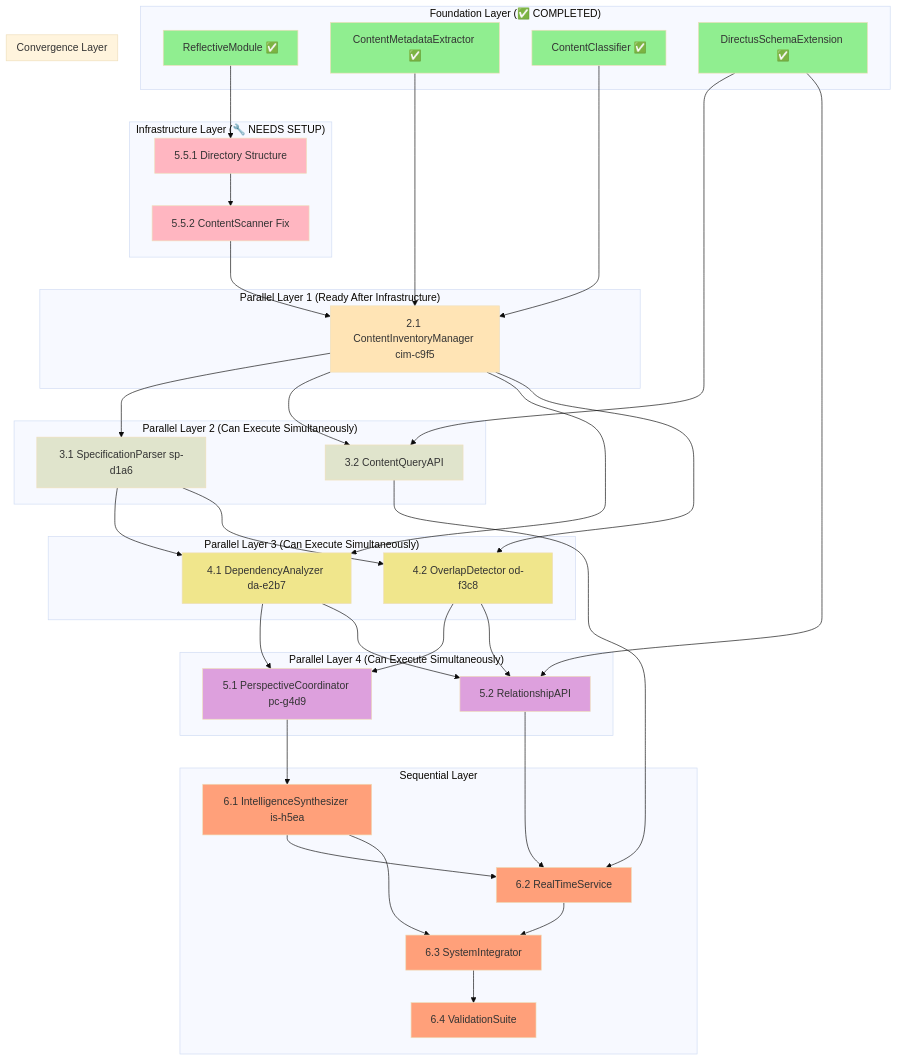
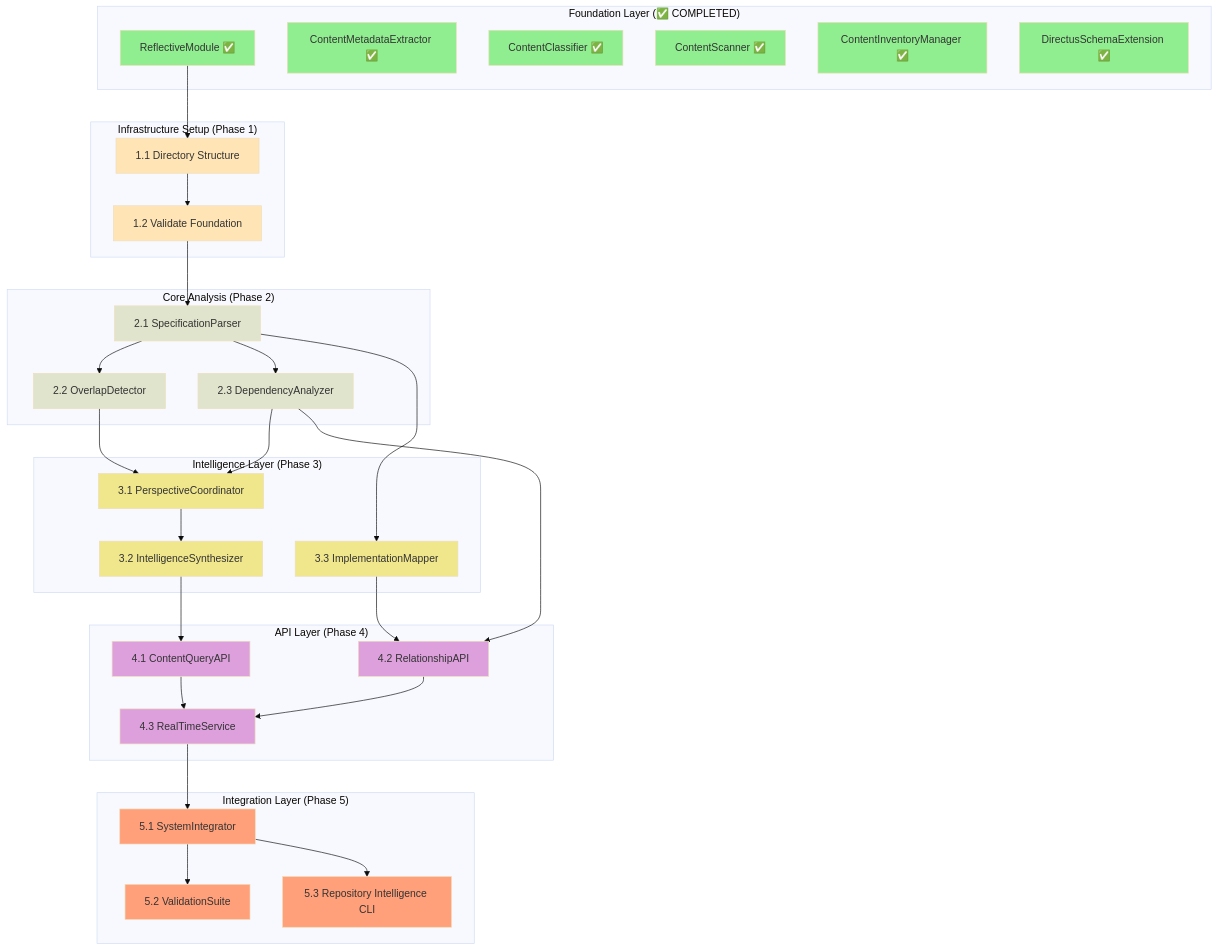
The diagram in .kiro/specs/repository-content-discovery-indexing/tasks.md (nkllon/kiro-ai-development-hackathon), drawn with Mermaid (base theme) before and after one commit. The commit also changed other lines of this file and 9 other files, not shown here.

First line of the commit message:
feat: Repository Content Discovery and Indexing - Launch Ready

````diff
--- a/.kiro/specs/repository-content-discovery-indexing/tasks.md
+++ b/.kiro/specs/repository-content-discovery-indexing/tasks.md
@@ -219,95 +259,70 @@
         RM[ReflectiveModule ✅]
         CME[ContentMetadataExtractor ✅]
         CC[ContentClassifier ✅]
+        CS[ContentScanner ✅]
+        CIM[ContentInventoryManager ✅]
         DSE[DirectusSchemaExtension ✅]
     end
     
-    subgraph "Infrastructure Layer (🔧 NEEDS SETUP)"
-        DIR[5.5.1 Directory Structure]
-        CS[5.5.2 ContentScanner Fix]
+    subgraph "Infrastructure Setup (Phase 1)"
+        DIR[1.1 Directory Structure]
+        VAL[1.2 Validate Foundation]
     end
     
-    subgraph "Parallel Layer 1 (Ready After Infrastructure)"
-        CIM[2.1 ContentInventoryManager cim-c9f5]
+    subgraph "Core Analysis (Phase 2)"
+        SP[2.1 SpecificationParser]
+        OD[2.2 OverlapDetector]
+        DA[2.3 DependencyAnalyzer]
     end
     
-    subgraph "Convergence Layer"
-        CIM[2.1 ContentInventoryManager cim-c9f5]
+    subgraph "Intelligence Layer (Phase 3)"
+        PC[3.1 PerspectiveCoordinator]
+        IS[3.2 IntelligenceSynthesizer]
+        IM[3.3 ImplementationMapper]
     end
     
-    subgraph "Parallel Layer 2 (Can Execute Simultaneously)"
-        SP[3.1 SpecificationParser sp-d1a6]
-        CQA[3.2 ContentQueryAPI]
+    subgraph "API Layer (Phase 4)"
+        CQA[4.1 ContentQueryAPI]
+        RA[4.2 RelationshipAPI]
+        RTS[4.3 RealTimeService]
     end
     
-    subgraph "Parallel Layer 3 (Can Execute Simultaneously)"
-        DA[4.1 DependencyAnalyzer da-e2b7]
-        OD[4.2 OverlapDetector od-f3c8]
+    subgraph "Integration Layer (Phase 5)"
+        SI[5.1 SystemIntegrator]
+        VS[5.2 ValidationSuite]
+        CLI[5.3 Repository Intelligence CLI]
     end
     
-    subgraph "Parallel Layer 4 (Can Execute Simultaneously)"
-        PC[5.1 PerspectiveCoordinator pc-g4d9]
-        RA[5.2 RelationshipAPI]
-    end
-    
-    subgraph "Sequential Layer"
-        IS[6.1 IntelligenceSynthesizer is-h5ea]
-        RTS[6.2 RealTimeService]
-        SI[6.3 SystemIntegrator]
-        VS[6.4 ValidationSuite]
-    end
-    
-    %% Foundation Dependencies (All Complete)
+    %% Dependencies
     RM --> DIR
-    CME --> CIM
-    CC --> CIM
-    DSE --> CQA
-    
-    %% Infrastructure Dependencies
-    DIR --> CS
-    
-    %% Infrastructure → Convergence
-    CS --> CIM
-    
-    %% Convergence → Parallel Layer 2
-    CIM --> SP
-    CIM --> CQA
-    
-    %% Parallel Layer 2 → Parallel Layer 3
+    DIR --> VAL
+    VAL --> SP
+    SP --> OD
     SP --> DA
-    SP --> OD
-    CIM --> DA
-    CIM --> OD
-    
-    %% Parallel Layer 3 → Parallel Layer 4
+    OD --> PC
     DA --> PC
-    OD --> PC
-    DSE --> RA
+    PC --> IS
+    SP --> IM
+    IS --> CQA
     DA --> RA
-    OD --> RA
-    
-    %% Sequential Dependencies
-    PC --> IS
+    IM --> RA
     CQA --> RTS
     RA --> RTS
-    IS --> RTS
-    IS --> SI
     RTS --> SI
     SI --> VS
+    SI --> CLI
     
     classDef completed fill:#90EE90
-    classDef infrastructure fill:#FFB6C1
-    classDef parallel1 fill:#FFE4B5
-    classDef parallel2 fill:#E0E4CC
-    classDef parallel3 fill:#F0E68C
-    classDef parallel4 fill:#DDA0DD
-    classDef sequential fill:#FFA07A
+    classDef phase1 fill:#FFE4B5
+    classDef phase2 fill:#E0E4CC
+    classDef phase3 fill:#F0E68C
+    classDef phase4 fill:#DDA0DD
+    classDef phase5 fill:#FFA07A
     
-    class RM,CME,CC,DSE completed
-    class DIR,CS infrastructure
-    class CIM parallel1
-    class SP,CQA parallel2
-    class DA,OD parallel3
-    class PC,RA parallel4
-    class IS,RTS,SI,VS sequential
+    class RM,CME,CC,CS,CIM,DSE completed
+    class DIR,VAL phase1
+    class SP,OD,DA phase2
+    class PC,IS,IM phase3
+    class CQA,RA,RTS phase4
+    class SI,VS,CLI phase5
 ```
````
